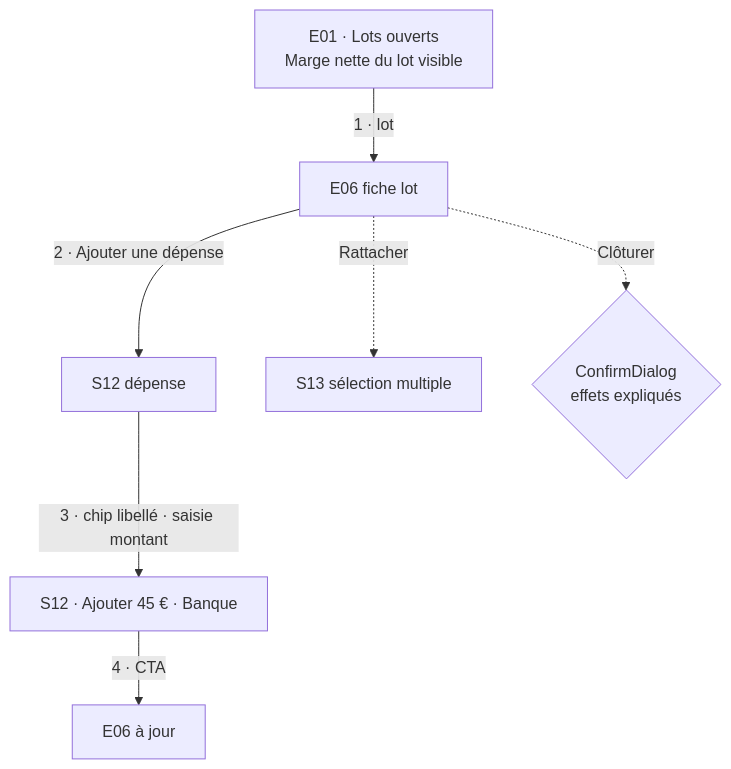
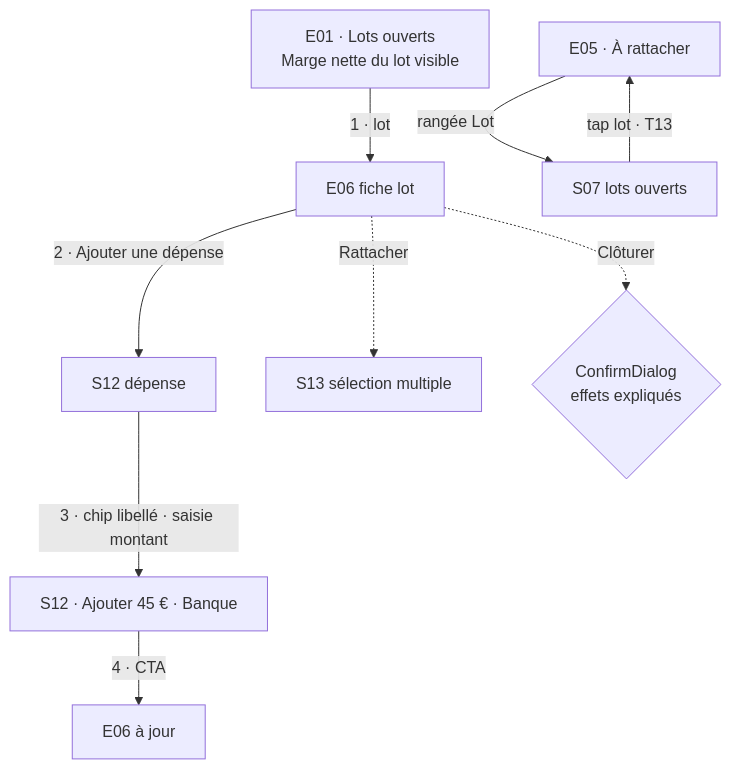
One commit to RayaneTks/nurea-parfums changed the eighth of 13 diagrams in docs/refonte/06-ECRANS-PARCOURS.md. Above: the diagram before and after it, drawn with Mermaid. The commit also changed other lines of this file and 26 other files, not shown here.

````diff
--- a/docs/refonte/06-ECRANS-PARCOURS.md
+++ b/docs/refonte/06-ECRANS-PARCOURS.md
@@ -523,9 +533,11 @@
 ```mermaid
 flowchart TD
   A["E01 · Lots ouverts<br/>Marge nette du lot visible"] -->|"1 · lot"| B["E06 fiche lot"]
   B -->|"2 · Ajouter une dépense"| C["S12 dépense"]
   C -->|"3 · chip libellé · saisie montant"| D["S12 · Ajouter 45 € · Banque"]
   D -->|"4 · CTA"| E["E06 à jour"]
   B -.->|"Rattacher"| F["S13 sélection multiple"]
   B -.->|"Clôturer"| G{"ConfirmDialog<br/>effets expliqués"}
+  L["E05 · À rattacher"] -->|"rangée Lot"| P["S07 lots ouverts"]
+  P -->|"tap lot · T13"| L
 ```
````
